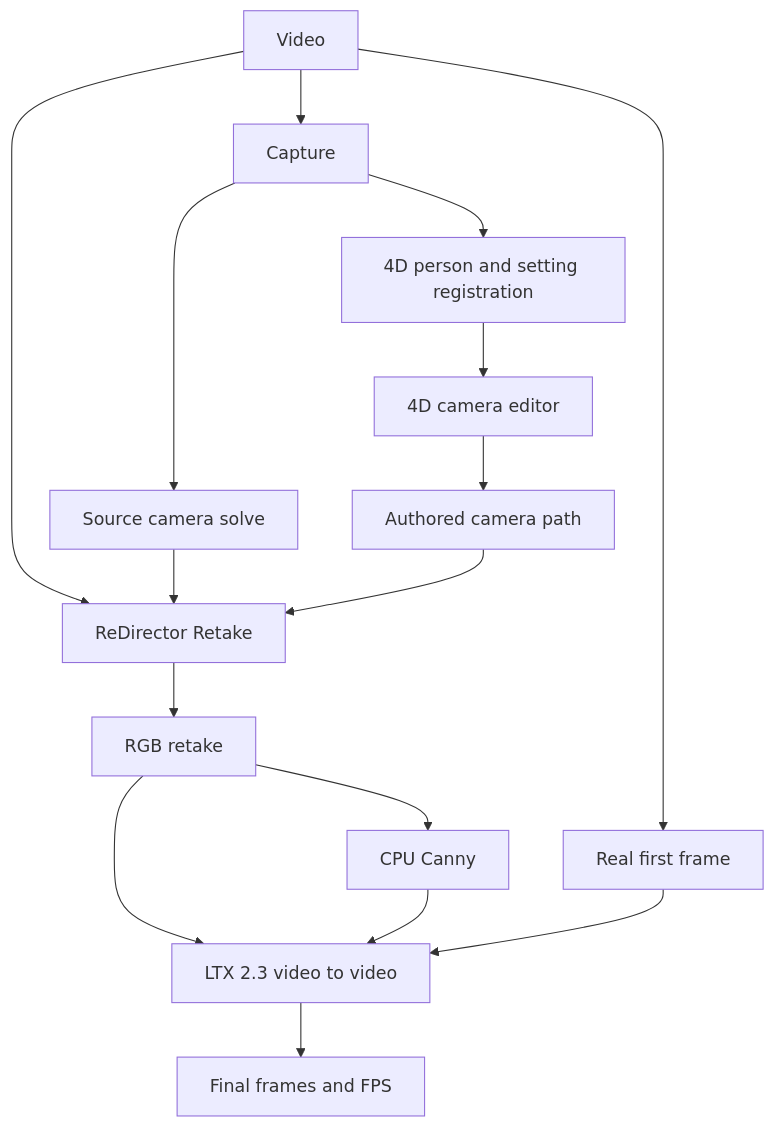
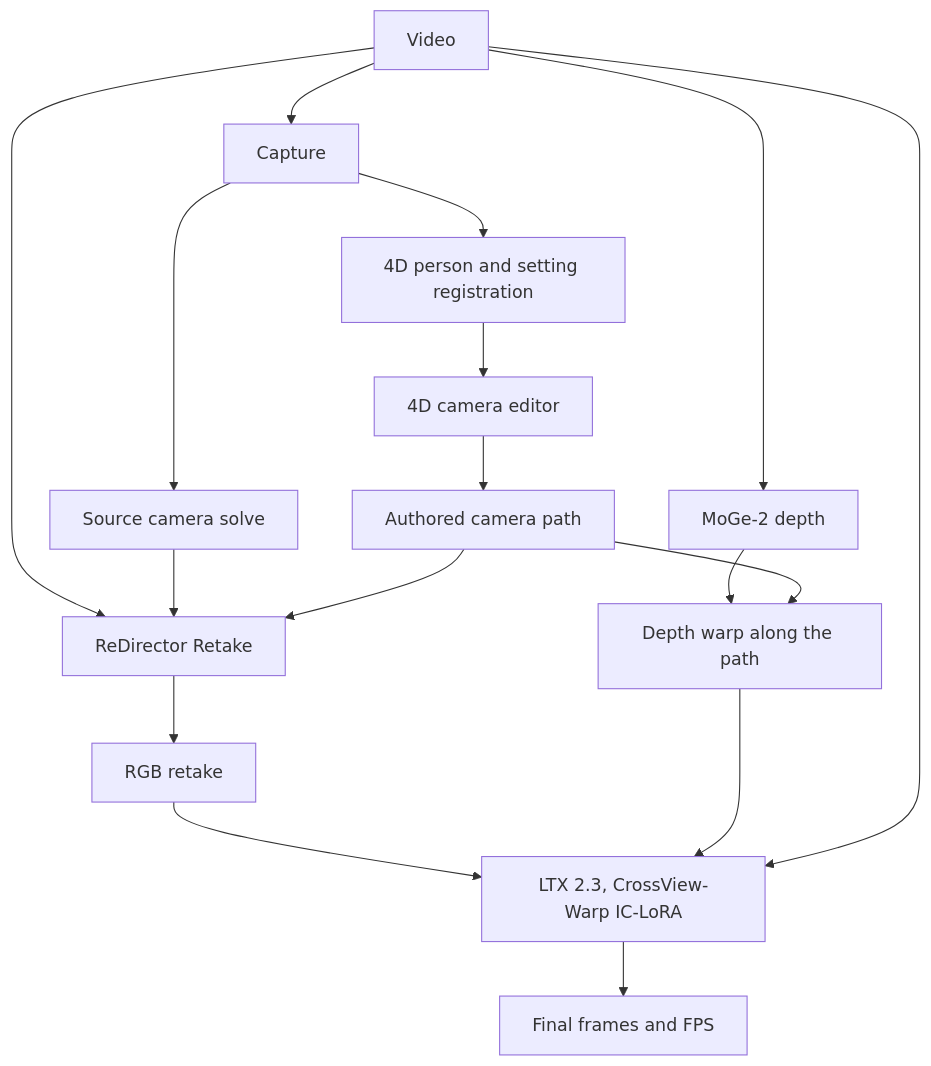
Before and after one commit to itsmetamike/reshoot-4d: the diagram in docs/ARCHITECTURE.md, drawn with Mermaid. The commit also changed other lines of this file and 61 other files, not shown here.

First line of the commit message:
CrossView + detailer as the default Photoreal Pass; every result rerendered

````diff
--- a/docs/ARCHITECTURE.md
+++ b/docs/ARCHITECTURE.md
@@ -5,18 +5,19 @@
 ```mermaid
 flowchart TD
     A[Video] --> B[Capture]
     B --> C[4D person and setting registration]
     B --> D[Source camera solve]
     C --> E[4D camera editor]
     E --> F[Authored camera path]
     A --> G[ReDirector Retake]
     D --> G
     F --> G
     G --> H[RGB retake]
-    H --> I[CPU Canny]
-    H --> J[LTX 2.3 video to video]
-    I --> J
-    A --> K[Real first frame]
-    K --> J
+    H --> J[LTX 2.3, CrossView-Warp IC-LoRA]
+    A --> M[MoGe-2 depth]
+    M --> N[Depth warp along the path]
+    F --> N
+    N --> J
+    A --> J
     J --> L[Final frames and FPS]
 ```
````
